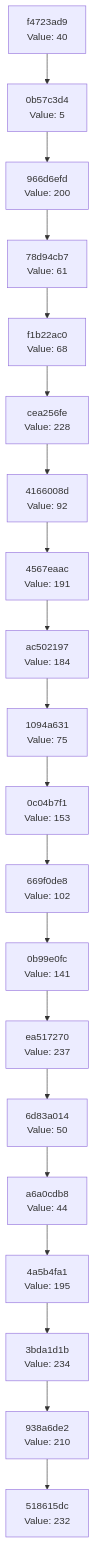
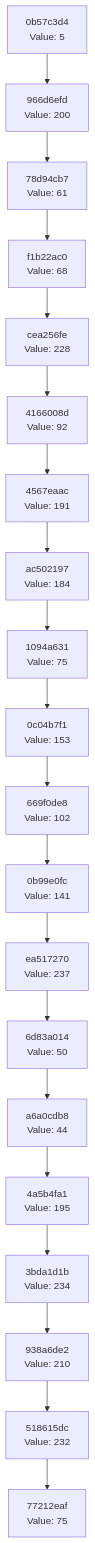
One commit to Abhisheksinha1506/hash-chain-evolver changed the diagram in docs/CHAIN_VISUALIZATION.md. Above: the diagram before and after it, drawn with Mermaid. The commit also changed 2 other files, not shown here.

Commit message:
Evolution Step

````diff
--- a/docs/CHAIN_VISUALIZATION.md
+++ b/docs/CHAIN_VISUALIZATION.md
@@ -3,42 +3,42 @@
 ```mermaid
 graph TD
-    C0["518615dc<br/>Value: 232"]
-    C1["938a6de2<br/>Value: 210"]
+    C0["77212eaf<br/>Value: 75"]
+    C1["518615dc<br/>Value: 232"]
     C1 --> C0
-    C2["3bda1d1b<br/>Value: 234"]
+    C2["938a6de2<br/>Value: 210"]
     C2 --> C1
-    C3["4a5b4fa1<br/>Value: 195"]
+    C3["3bda1d1b<br/>Value: 234"]
     C3 --> C2
-    C4["a6a0cdb8<br/>Value: 44"]
+    C4["4a5b4fa1<br/>Value: 195"]
     C4 --> C3
-    C5["6d83a014<br/>Value: 50"]
+    C5["a6a0cdb8<br/>Value: 44"]
     C5 --> C4
-    C6["ea517270<br/>Value: 237"]
+    C6["6d83a014<br/>Value: 50"]
     C6 --> C5
-    C7["0b99e0fc<br/>Value: 141"]
+    C7["ea517270<br/>Value: 237"]
     C7 --> C6
-    C8["669f0de8<br/>Value: 102"]
+    C8["0b99e0fc<br/>Value: 141"]
     C8 --> C7
-    C9["0c04b7f1<br/>Value: 153"]
+    C9["669f0de8<br/>Value: 102"]
     C9 --> C8
-    C10["1094a631<br/>Value: 75"]
+    C10["0c04b7f1<br/>Value: 153"]
     C10 --> C9
-    C11["ac502197<br/>Value: 184"]
+    C11["1094a631<br/>Value: 75"]
     C11 --> C10
-    C12["4567eaac<br/>Value: 191"]
+    C12["ac502197<br/>Value: 184"]
     C12 --> C11
-    C13["4166008d<br/>Value: 92"]
+    C13["4567eaac<br/>Value: 191"]
     C13 --> C12
-    C14["cea256fe<br/>Value: 228"]
+    C14["4166008d<br/>Value: 92"]
     C14 --> C13
-    C15["f1b22ac0<br/>Value: 68"]
+    C15["cea256fe<br/>Value: 228"]
     C15 --> C14
-    C16["78d94cb7<br/>Value: 61"]
+    C16["f1b22ac0<br/>Value: 68"]
     C16 --> C15
-    C17["966d6efd<br/>Value: 200"]
+    C17["78d94cb7<br/>Value: 61"]
     C17 --> C16
-    C18["0b57c3d4<br/>Value: 5"]
+    C18["966d6efd<br/>Value: 200"]
     C18 --> C17
-    C19["f4723ad9<br/>Value: 40"]
+    C19["0b57c3d4<br/>Value: 5"]
     C19 --> C18
 ```
````
